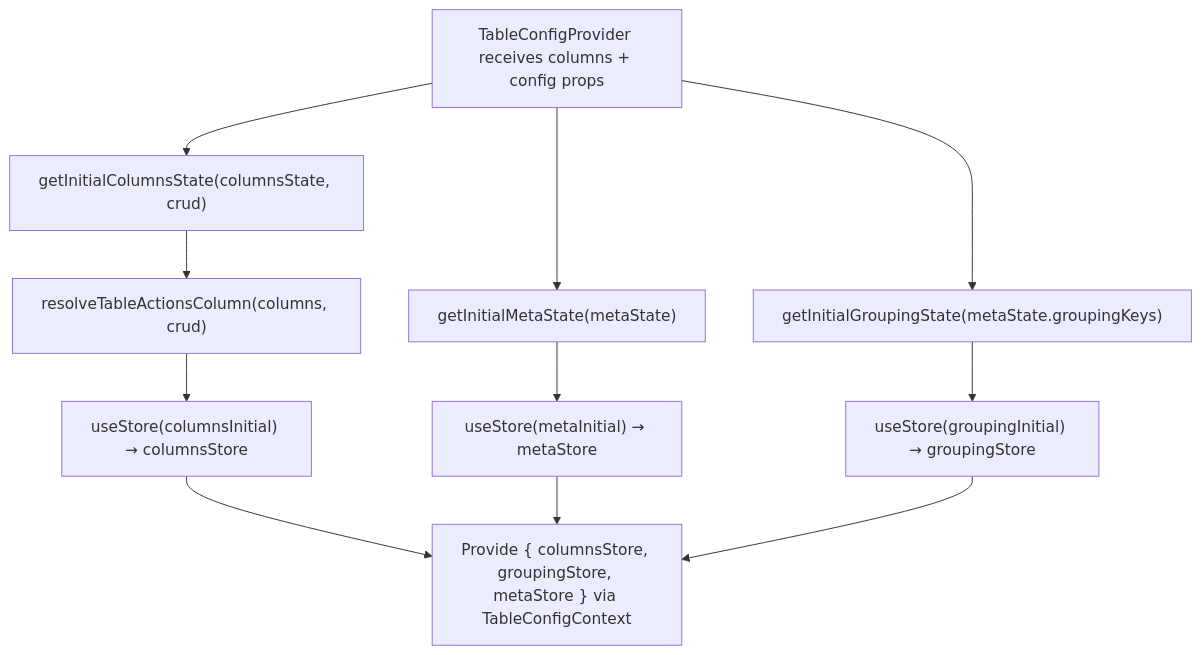
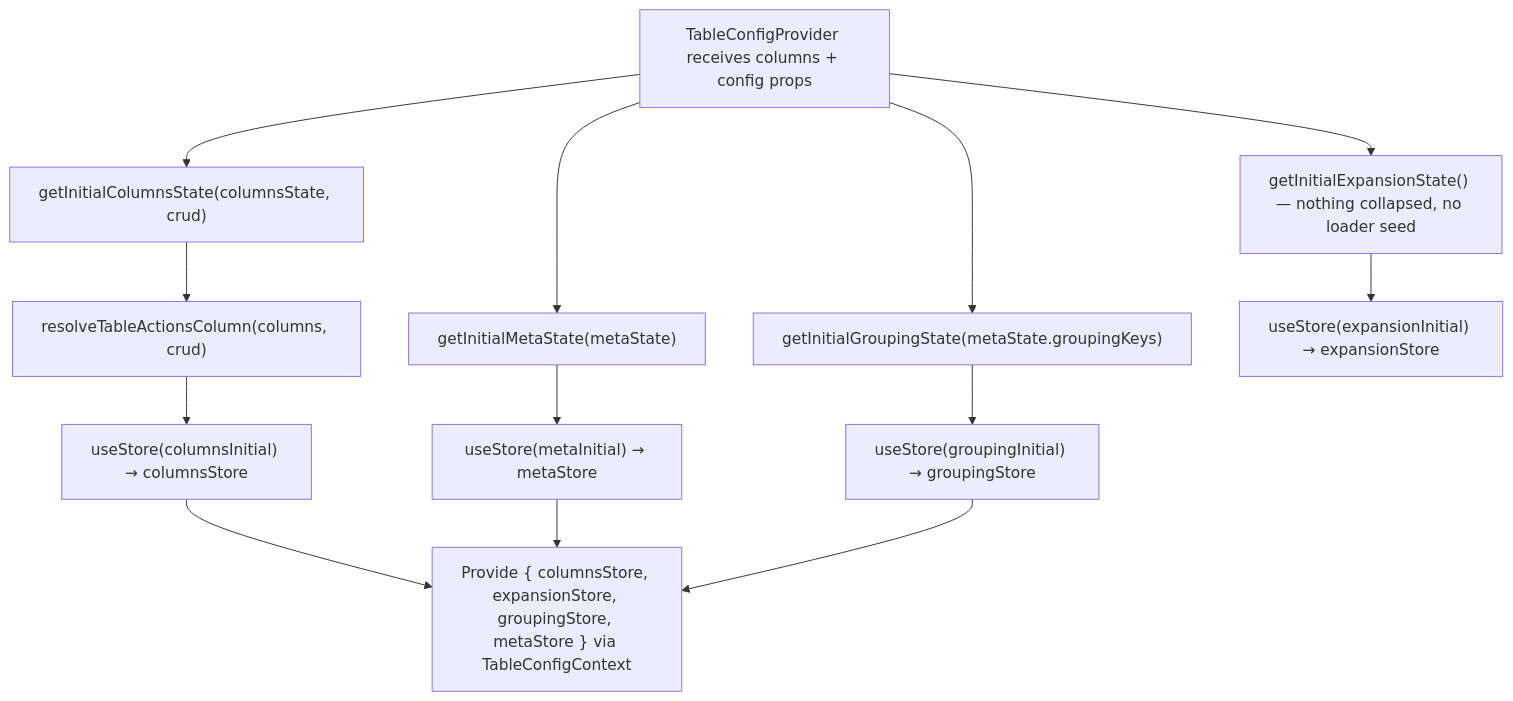
The second of 3 diagrams in packages/ui/src/components/Table/contexts/TableConfig/ARCHITECTURE.md (luciocabrera/lcabrera-stack), drawn with Mermaid before and after one commit. The commit also changed other lines of this file and 62 other files, not shown here.

````diff
--- a/packages/ui/src/components/Table/contexts/TableConfig/ARCHITECTURE.md
+++ b/packages/ui/src/components/Table/contexts/TableConfig/ARCHITECTURE.md
@@ -224,14 +266,16 @@
 ```mermaid
 graph TD
   A["TableConfigProvider receives columns + config props"]
   A --> B["getInitialColumnsState(columnsState, crud)"]
   A --> C["getInitialMetaState(metaState)"]
   A --> G["getInitialGroupingState(metaState.groupingKeys)"]
+  A --> GE["getInitialExpansionState() — nothing collapsed, no loader seed"]
   B --> B1["resolveTableActionsColumn(columns, crud)"]
   B1 --> D["useStore(columnsInitial) → columnsStore"]
   C --> E["useStore(metaInitial) → metaStore"]
   G --> H["useStore(groupingInitial) → groupingStore"]
-  D --> F["Provide { columnsStore, groupingStore, metaStore } via TableConfigContext"]
+  GE --> HE["useStore(expansionInitial) → expansionStore"]
+  D --> F["Provide { columnsStore, expansionStore, groupingStore, metaStore } via TableConfigContext"]
   E --> F
   H --> F
 ```
````
